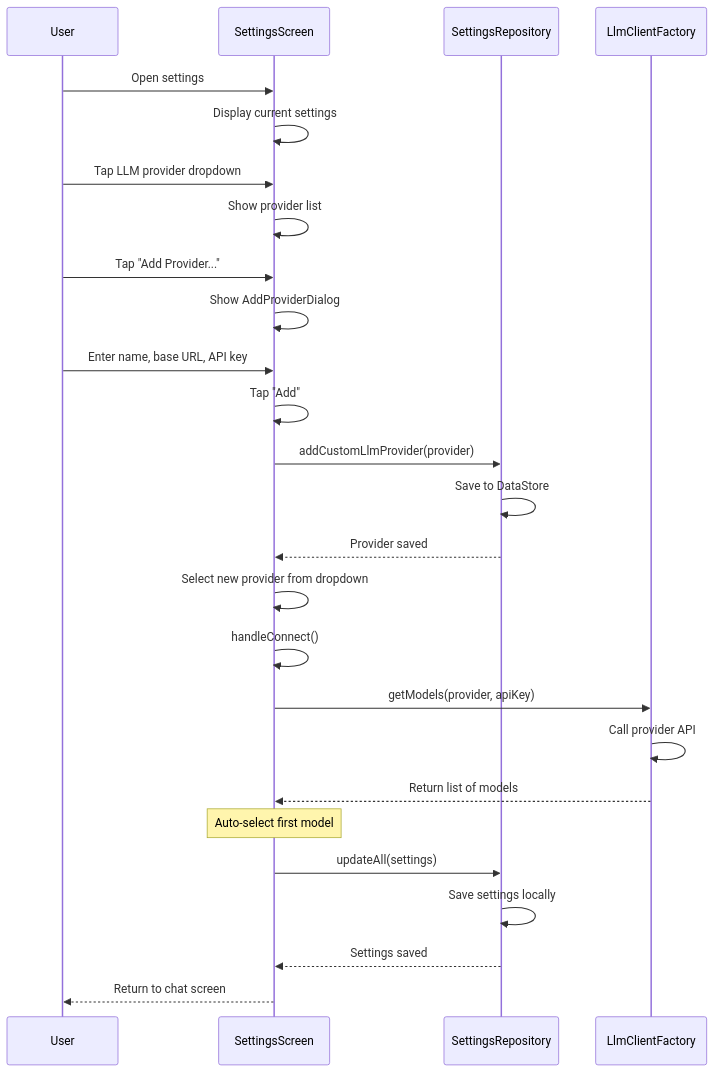
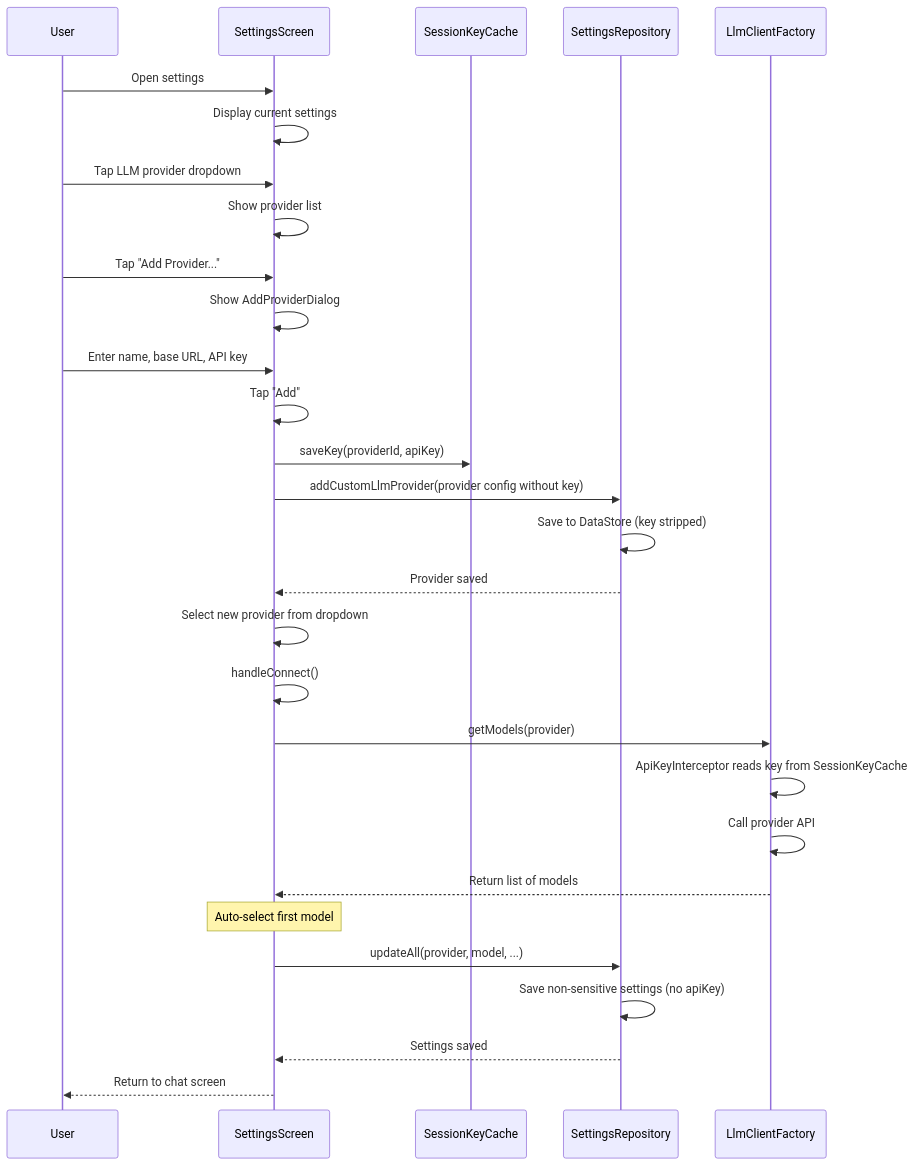
The second of 11 diagrams in docs/seq_others.md (lehoang318/buddy), drawn with Mermaid before and after one commit. The commit also changed other lines of this file and 9 other files, not shown here.

````diff
--- a/docs/seq_others.md
+++ b/docs/seq_others.md
@@ -60,35 +62,38 @@
 ```mermaid
 sequenceDiagram
     participant User
     participant SettingsScreen
+    participant SessionKeyCache
     participant SettingsRepository
     participant LlmClientFactory
 
     User->>SettingsScreen: Open settings
     SettingsScreen->>SettingsScreen: Display current settings
 
     User->>SettingsScreen: Tap LLM provider dropdown
     SettingsScreen->>SettingsScreen: Show provider list
     User->>SettingsScreen: Tap "Add Provider..."
     SettingsScreen->>SettingsScreen: Show AddProviderDialog
 
     User->>SettingsScreen: Enter name, base URL, API key
     SettingsScreen->>SettingsScreen: Tap "Add"
-    SettingsScreen->>SettingsRepository: addCustomLlmProvider(provider)
-    SettingsRepository->>SettingsRepository: Save to DataStore
+    SettingsScreen->>SessionKeyCache: saveKey(providerId, apiKey)
+    SettingsScreen->>SettingsRepository: addCustomLlmProvider(provider config without key)
+    SettingsRepository->>SettingsRepository: Save to DataStore (key stripped)
     SettingsRepository-->>SettingsScreen: Provider saved
 
     SettingsScreen->>SettingsScreen: Select new provider from dropdown
     SettingsScreen->>SettingsScreen: handleConnect()
-    SettingsScreen->>LlmClientFactory: getModels(provider, apiKey)
+    SettingsScreen->>LlmClientFactory: getModels(provider)
+    LlmClientFactory->>LlmClientFactory: ApiKeyInterceptor reads key from SessionKeyCache
     LlmClientFactory->>LlmClientFactory: Call provider API
     LlmClientFactory-->>SettingsScreen: Return list of models
 
     Note over SettingsScreen: Auto-select first model
 
-    SettingsScreen->>SettingsRepository: updateAll(settings)
-    SettingsRepository->>SettingsRepository: Save settings locally
+    SettingsScreen->>SettingsRepository: updateAll(provider, model, ...)
+    SettingsRepository->>SettingsRepository: Save non-sensitive settings (no apiKey)
     SettingsRepository-->>SettingsScreen: Settings saved
 
     SettingsScreen-->>User: Return to chat screen
 ```
````
